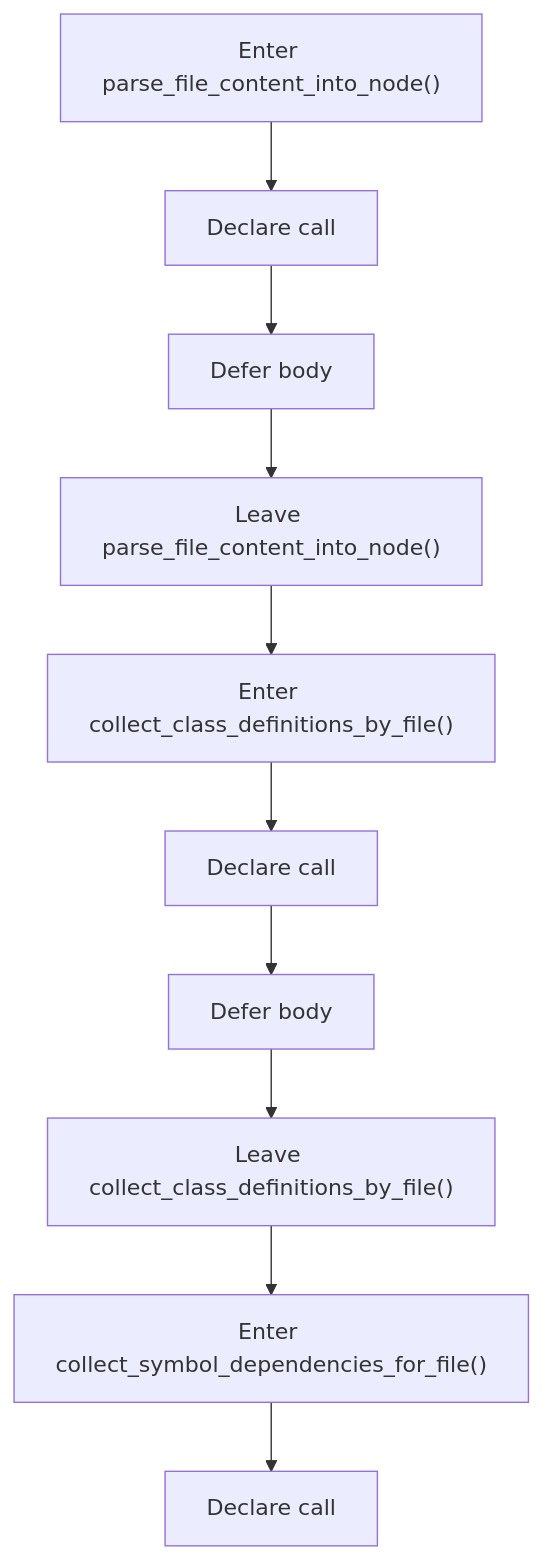
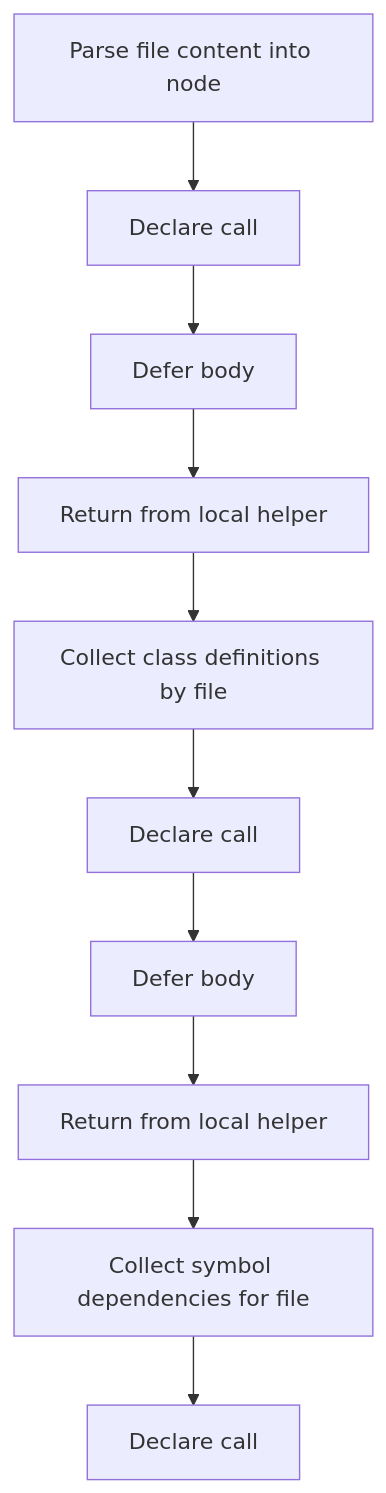
One commit to JohnAndrewBalbarosa/NeoTerritory changed the fourth of 5 diagrams in docs/Codebase/Microservice/Modules/Header/SyntacticBrokenAST/Trees/Actual/Internal/Flow/parse_tree_internal_program_flow_02.hpp.md. Above: the diagram before and after it, drawn with Mermaid. The commit also changed other lines of this file and 915 other files, not shown here.

````diff
--- a/docs/Codebase/Microservice/Modules/Header/SyntacticBrokenAST/Trees/Actual/Internal/Flow/parse_tree_internal_program_flow_02.hpp.md
+++ b/docs/Codebase/Microservice/Modules/Header/SyntacticBrokenAST/Trees/Actual/Internal/Flow/parse_tree_internal_program_flow_02.hpp.md
@@ -87,22 +87,22 @@
 ```mermaid
 flowchart TD
-    N0["Enter parse_file_content_into_node()"]
+    N0["Parse file content into node"]
     N1["Declare call"]
     N2["Defer body"]
-    N3["Leave parse_file_content_into_node()"]
-    N4["Enter collect_class_definitions_by_file()"]
+    N3["Return from local helper"]
+    N4["Collect class definitions by file"]
     N5["Declare call"]
     N6["Defer body"]
-    N7["Leave collect_class_definitions_by_file()"]
-    N8["Enter collect_symbol_dependencies_for_file()"]
+    N7["Return from local helper"]
+    N8["Collect symbol dependencies for file"]
     N9["Declare call"]
     N0 --> N1
     N1 --> N2
     N2 --> N3
     N3 --> N4
     N4 --> N5
     N5 --> N6
     N6 --> N7
     N7 --> N8
     N8 --> N9
 ```
````
